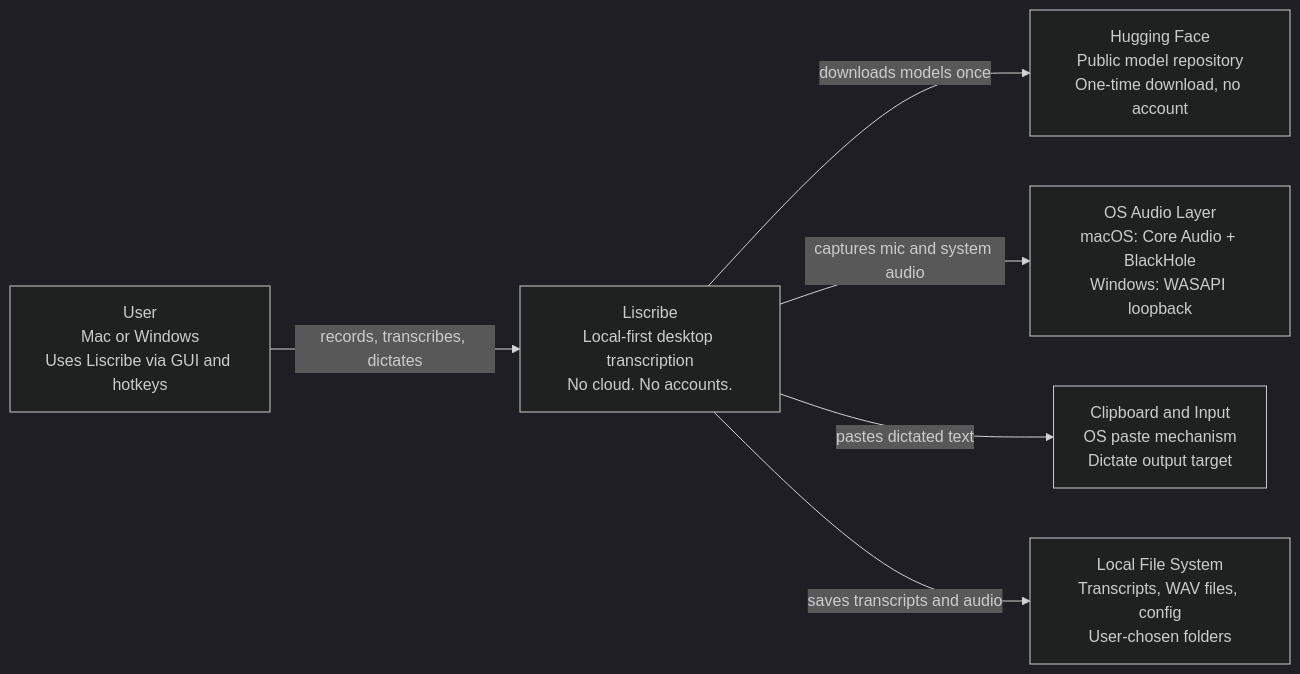
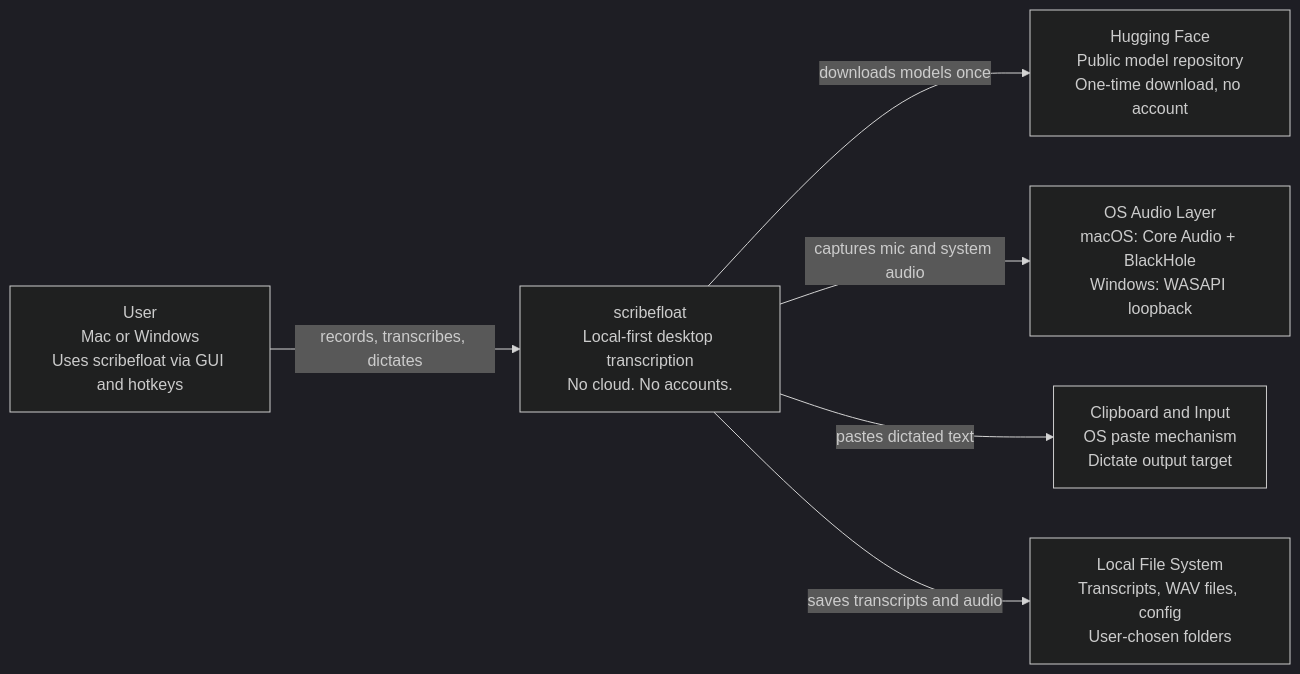
Before and after one commit to Lenniott/scribeFloat: the first of 10 diagrams in context/architecture.md, drawn with Mermaid (dark theme). The commit also changed other lines of this file and 16 other files, not shown here.

````diff
--- a/context/architecture.md
+++ b/context/architecture.md
@@ -13,15 +13,15 @@
 ```mermaid
 graph LR
-    user["User\nMac or Windows\nUses Liscribe via GUI and hotkeys"]
-    liscribe["Liscribe\nLocal-first desktop transcription\nNo cloud. No accounts."]
+    user["User\nMac or Windows\nUses scribefloat via GUI and hotkeys"]
+    scribefloat["scribefloat\nLocal-first desktop transcription\nNo cloud. No accounts."]
     hf["Hugging Face\nPublic model repository\nOne-time download, no account"]
     audio["OS Audio Layer\nmacOS: Core Audio + BlackHole\nWindows: WASAPI loopback"]
     clipboard["Clipboard and Input\nOS paste mechanism\nDictate output target"]
     fs["Local File System\nTranscripts, WAV files, config\nUser-chosen folders"]
 
-    user -->|"records, transcribes, dictates"| liscribe
-    liscribe -->|"downloads models once"| hf
-    liscribe -->|"captures mic and system audio"| audio
-    liscribe -->|"pastes dictated text"| clipboard
-    liscribe -->|"saves transcripts and audio"| fs
+    user -->|"records, transcribes, dictates"| scribefloat
+    scribefloat -->|"downloads models once"| hf
+    scribefloat -->|"captures mic and system audio"| audio
+    scribefloat -->|"pastes dictated text"| clipboard
+    scribefloat -->|"saves transcripts and audio"| fs
 ```
````
